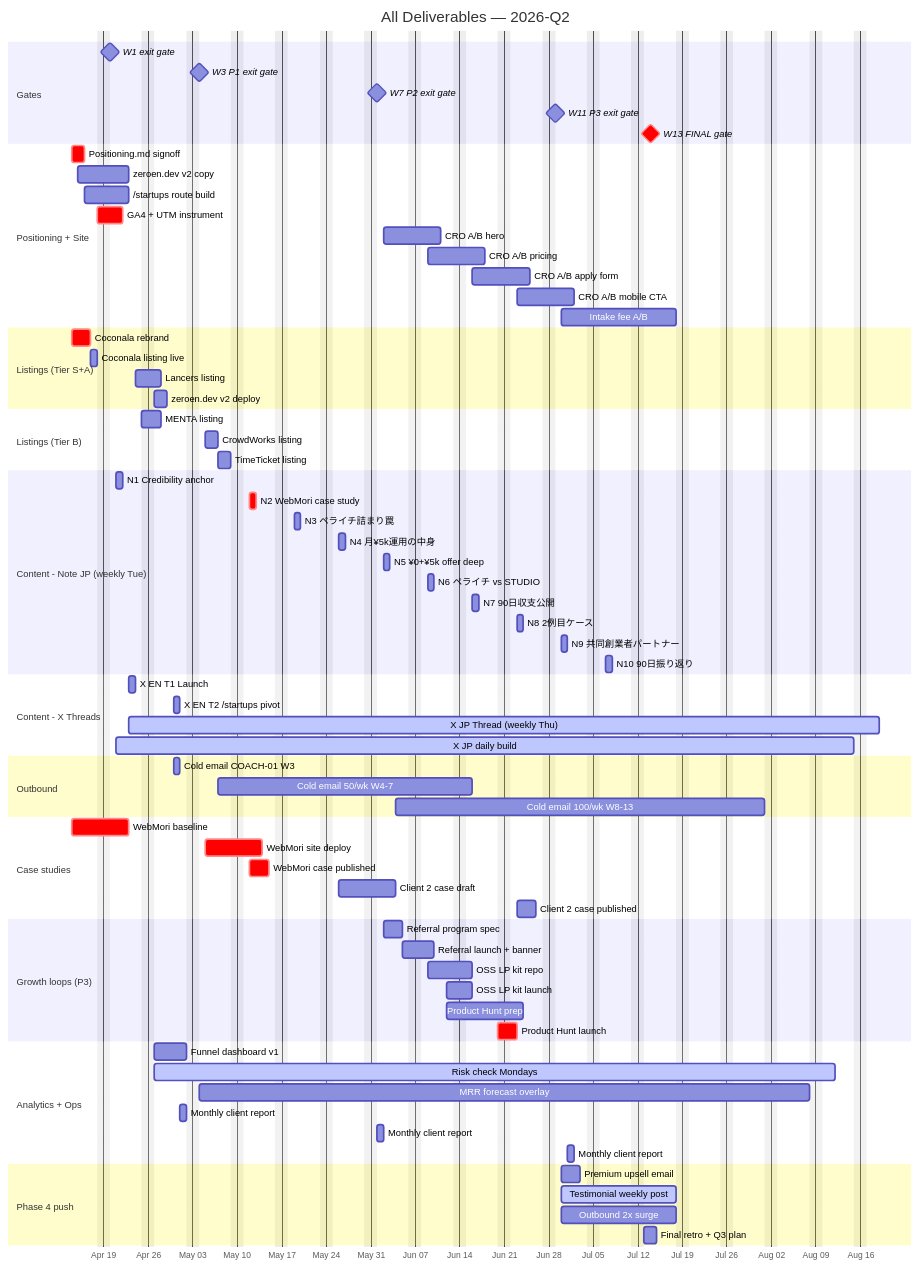
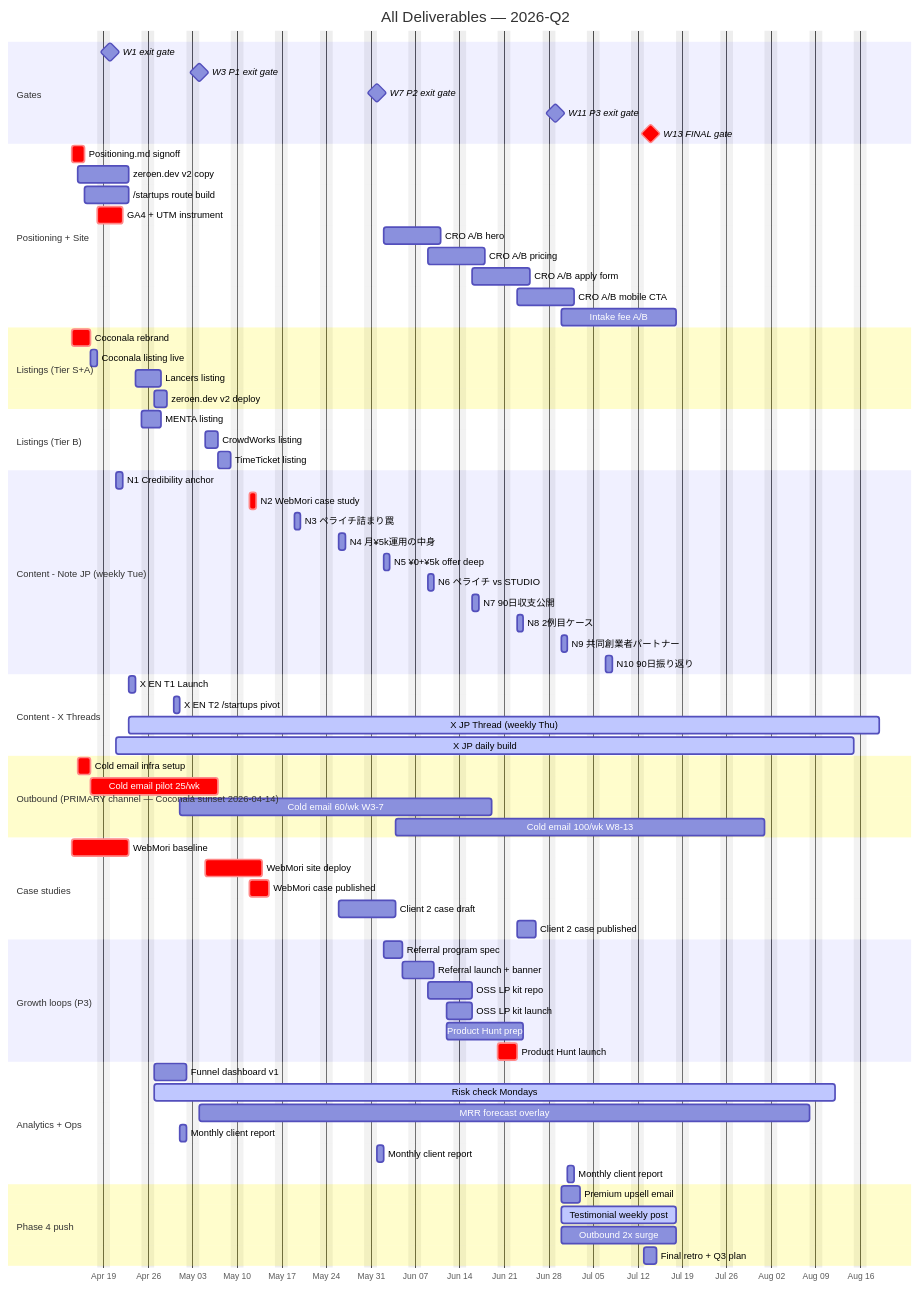
Before and after one commit to daitok6/ZeroEnApp: the second of 4 diagrams in HQ/marketing/plan/roadmap.md, drawn with Mermaid. The commit also changed 14 other files, not shown here.

First line of the commit message:
feat(marketing): cold-email playbook, social schedule, leads CRM, content updates

```diff
--- a/HQ/marketing/plan/roadmap.md
+++ b/HQ/marketing/plan/roadmap.md
@@ -87,10 +87,11 @@
     X JP Thread (weekly Thu):active, xj, 2026-04-23, 84d
     X JP daily build        :active, xjd, 2026-04-21, 84d
 
-    section Outbound
-    Cold email COACH-01 W3  :em1, 2026-04-30, 1d
-    Cold email 50/wk W4-7   :em2, 2026-05-07, 28d
-    Cold email 100/wk W8-13 :em3, 2026-06-04, 42d
+    section Outbound (PRIMARY channel — Coconala sunset 2026-04-14)
+    Cold email infra setup   :crit, em0, 2026-04-15, 2d
+    Cold email pilot 25/wk   :crit, em1, 2026-04-17, 14d
+    Cold email 60/wk W3-7    :em2, 2026-05-01, 35d
+    Cold email 100/wk W8-13  :em3, 2026-06-04, 42d
 
     section Case studies
     WebMori baseline        :crit, cs0, 2026-04-14, 7d
```
